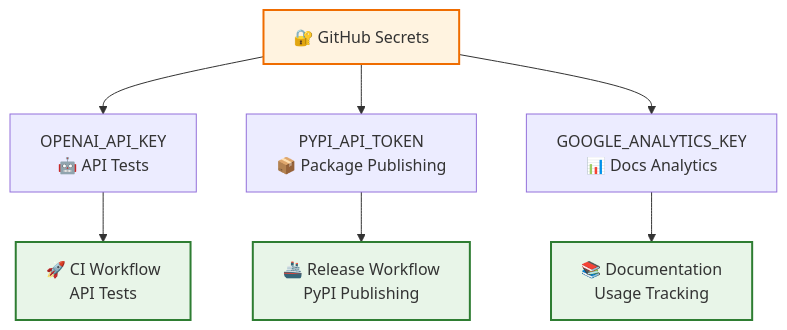
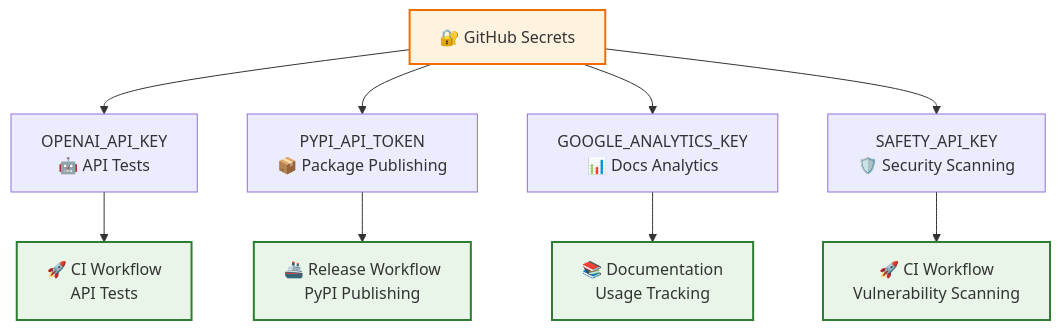
Before and after one commit to madeinoz67/bank-statement-separator: the seventh of 8 diagrams in docs/architecture/github-workflows.md, drawn with Mermaid. The commit also changed other lines of this file and 2 other files, not shown here.

Commit message:
fix: update deprecated security check commands to scan in GitHub workflows
Replace deprecated 'safety check' command with new 'safety scan' command
to resolve deprecation warning that becomes unsupported after June 1, 2024.

Changes:
- Updated CI workflow to use 'safety --stage cicd scan' for proper CI/CD configuration
- Added SAFETY_API_KEY environment variable mapping for Safety CLI 3.x authentication
- Updated workflow documentation diagrams to reflect new scan command
- Added Safety API key configuration requirements to developer documentation

The new scan command provides the same security coverage while using the
supported Safety CLI 3.x API with proper authentication for CI/CD environments.

Fixes #26

````diff
--- a/docs/architecture/github-workflows.md
+++ b/docs/architecture/github-workflows.md
@@ -621,16 +621,18 @@
 ```mermaid
 graph TB
     Secrets[🔐 GitHub Secrets] --> OpenAI[OPENAI_API_KEY<br/>🤖 API Tests]
     Secrets --> PyPI[PYPI_API_TOKEN<br/>📦 Package Publishing]
     Secrets --> Analytics[GOOGLE_ANALYTICS_KEY<br/>📊 Docs Analytics]
+    Secrets --> Safety[SAFETY_API_KEY<br/>🛡️ Security Scanning]
 
     OpenAI --> CI[🚀 CI Workflow<br/>API Tests]
     PyPI --> Release[🚢 Release Workflow<br/>PyPI Publishing]
     Analytics --> Docs[📚 Documentation<br/>Usage Tracking]
+    Safety --> CI2[🚀 CI Workflow<br/>Vulnerability Scanning]
 
     classDef secretStyle fill:#fff3e0,stroke:#ef6c00,stroke-width:2px
     classDef workflowStyle fill:#e8f5e8,stroke:#2e7d32,stroke-width:2px
 
     class Secrets secretStyle
-    class CI,Release,Docs workflowStyle
+    class CI,CI2,Release,Docs workflowStyle
 ```
````
